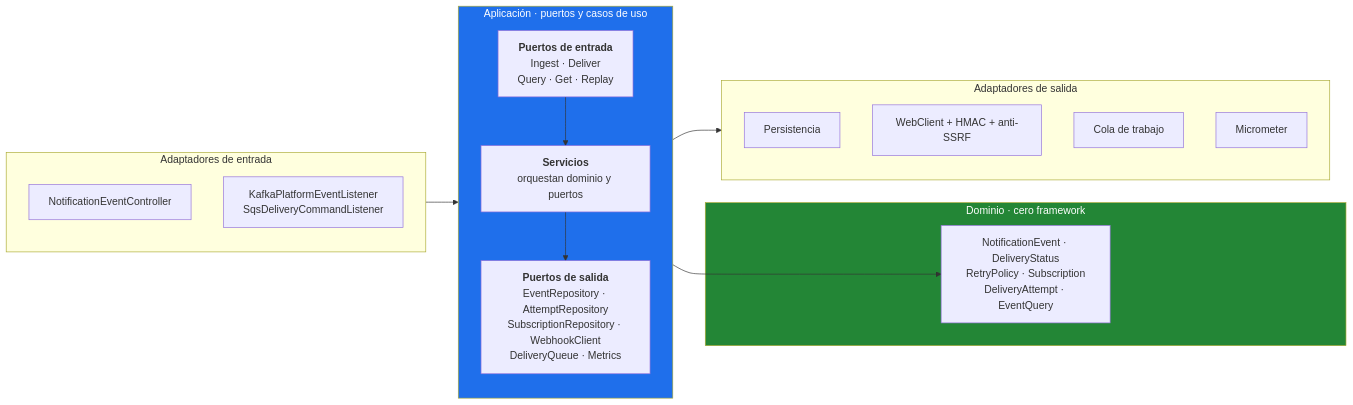
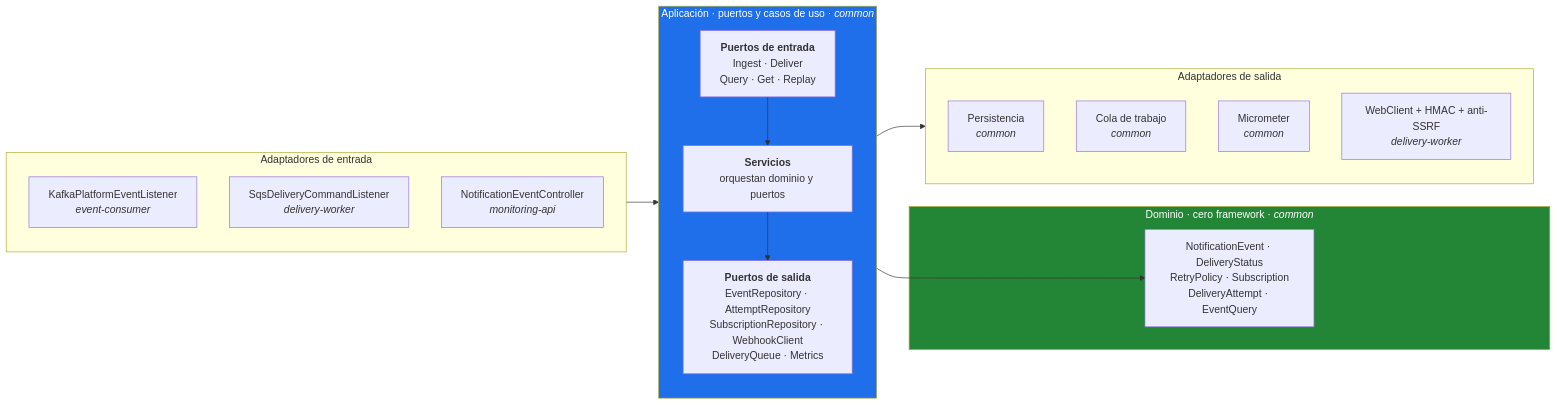
Before and after one commit to ssalaza7/cobre-notification-delivery: the third of 7 diagrams in docs/01-diseno-del-sistema.md, drawn with Mermaid. The commit also changed other lines of this file and 3 other files, not shown here.

First line of the commit message:
docs: actualiza diagramas y referencias a la estructura de tres ejecutables

````diff
--- a/docs/01-diseno-del-sistema.md
+++ b/docs/01-diseno-del-sistema.md
@@ -131,33 +131,34 @@
 ```mermaid
 flowchart LR
     subgraph in["Adaptadores de entrada"]
-        rest["NotificationEventController"]
-        msg["KafkaPlatformEventListener<br/>SqsDeliveryCommandListener"]
+        msg1["KafkaPlatformEventListener<br/><i>event-consumer</i>"]
+        msg2["SqsDeliveryCommandListener<br/><i>delivery-worker</i>"]
+        rest["NotificationEventController<br/><i>monitoring-api</i>"]
     end
 
-    subgraph app["Aplicación · puertos y casos de uso"]
+    subgraph app["Aplicación · puertos y casos de uso · <i>common</i>"]
         direction TB
         pin["<b>Puertos de entrada</b><br/>Ingest · Deliver<br/>Query · Get · Replay"]
         uc["<b>Servicios</b><br/>orquestan dominio y puertos"]
         pout["<b>Puertos de salida</b><br/>EventRepository · AttemptRepository<br/>SubscriptionRepository · WebhookClient<br/>DeliveryQueue · Metrics"]
         pin --> uc --> pout
     end
 
-    subgraph dom["Dominio · cero framework"]
+    subgraph dom["Dominio · cero framework · <i>common</i>"]
         model["NotificationEvent · DeliveryStatus<br/>RetryPolicy · Subscription<br/>DeliveryAttempt · EventQuery"]
     end
 
     subgraph out["Adaptadores de salida"]
-        r2dbc["Persistencia"]
-        web["WebClient + HMAC + anti-SSRF"]
-        mq["Cola de trabajo"]
-        met["Micrometer"]
+        r2dbc["Persistencia<br/><i>common</i>"]
+        mq["Cola de trabajo<br/><i>common</i>"]
+        met["Micrometer<br/><i>common</i>"]
+        web["WebClient + HMAC + anti-SSRF<br/><i>delivery-worker</i>"]
     end
 
     in --> pin
     uc --> model
     pout --> out
 
     style dom fill:#238636,color:#fff
     style app fill:#1f6feb,color:#fff
 ```
````
